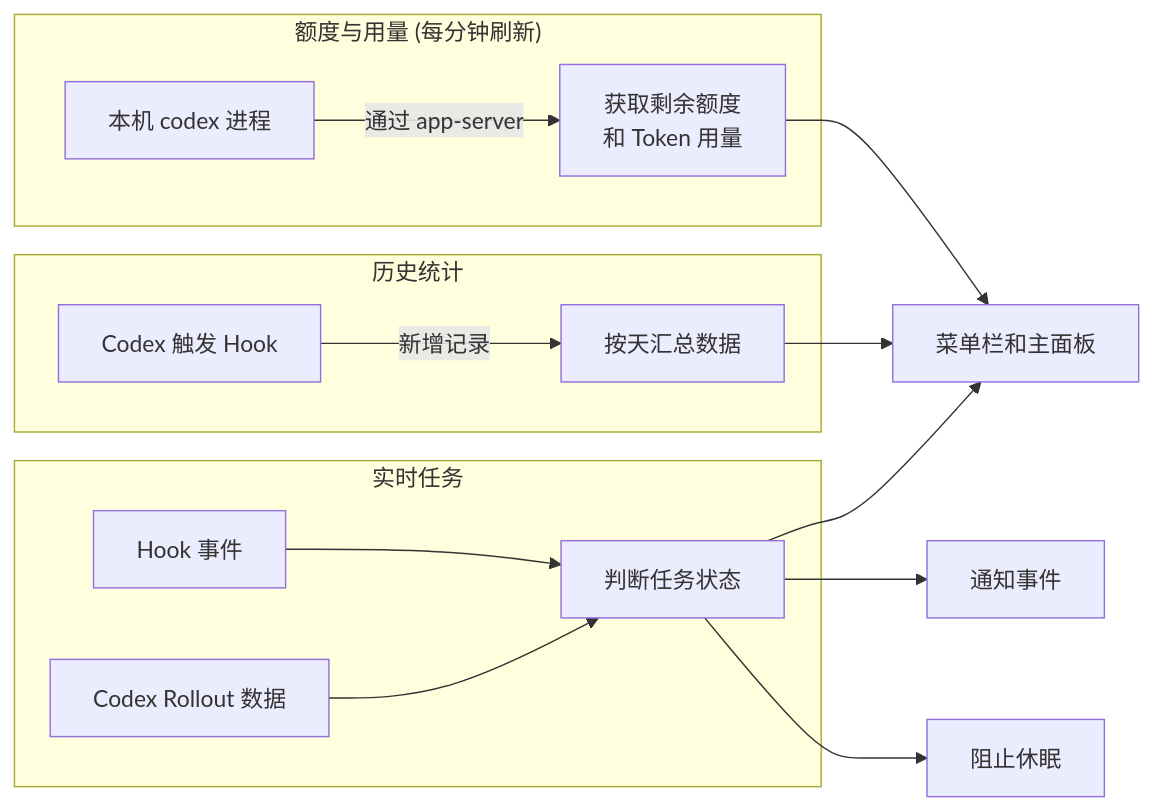
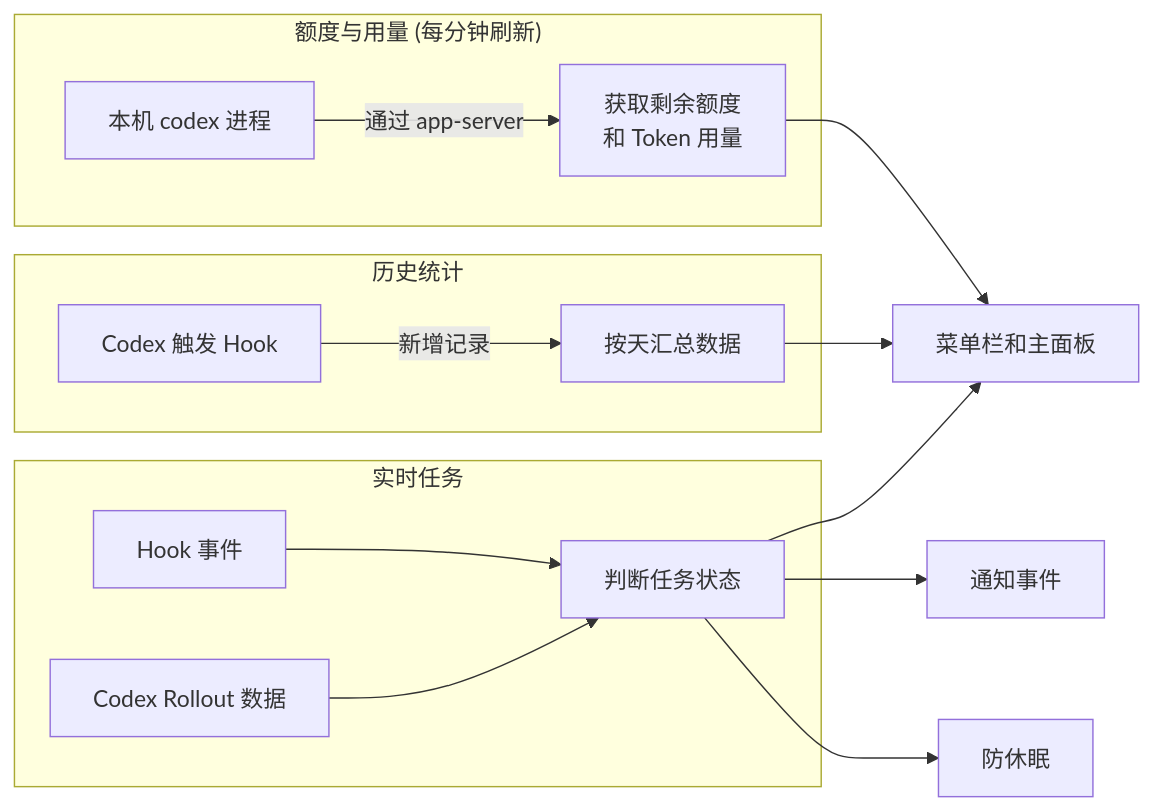
The diagram in README.md (bob-zebedy/CodexBar), drawn with Mermaid before and after one commit. The commit also changed other lines of this file and 36 other files, not shown here.

````diff
--- a/README.md
+++ b/README.md
@@ -135,21 +136,21 @@
 ```mermaid
 flowchart LR
     subgraph L1["额度与用量 (每分钟刷新)"]
         A1["本机 codex 进程"] -->|"通过 app-server"| A2["获取剩余额度<br/>和 Token 用量"]
     end
 
     subgraph L2["历史统计"]
         B1["Codex 触发 Hook"] -->|"新增记录"| B2["按天汇总数据"]
     end
 
     subgraph L3["实时任务"]
         C1["Hook 事件"] --> C3["判断任务状态"]
         C2["Codex Rollout 数据"] --> C3
     end
 
     A2 --> UI["菜单栏和主面板"]
     B2 --> UI
     C3 --> UI
     C3 --> N["通知事件"]
-    C3 --> K["阻止休眠"]
+    C3 --> K["防休眠"]
 ```
````
